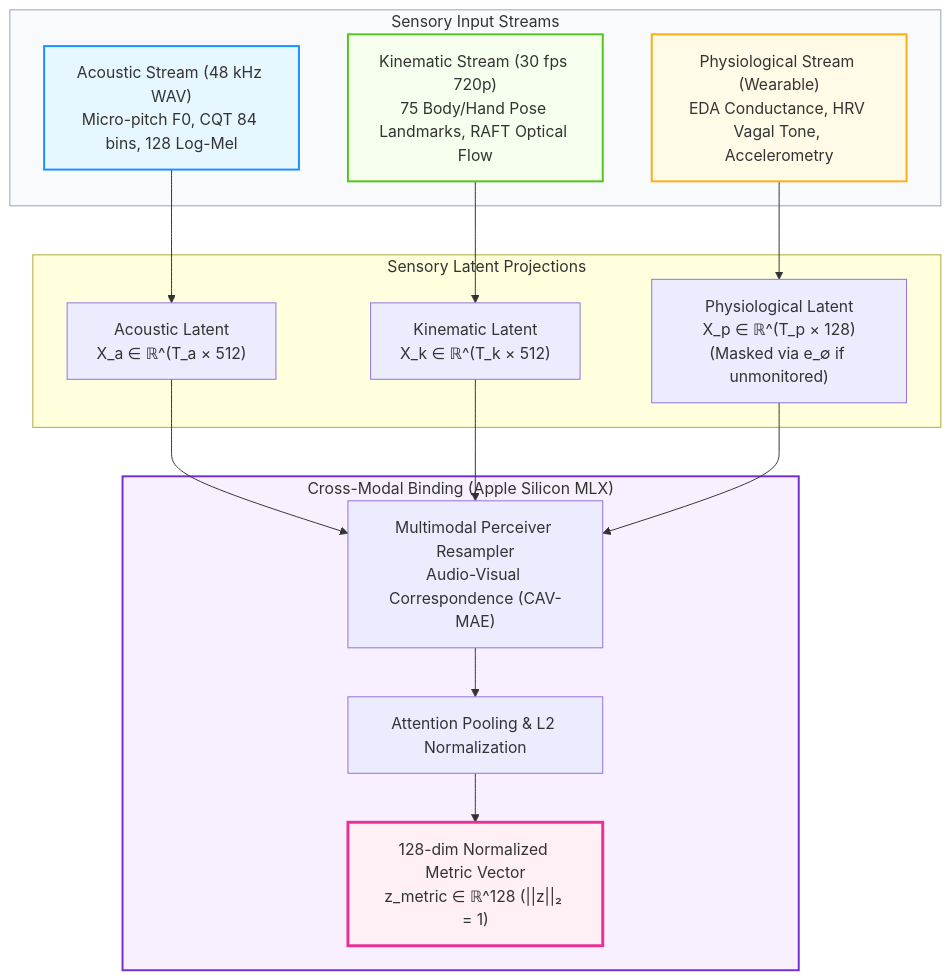
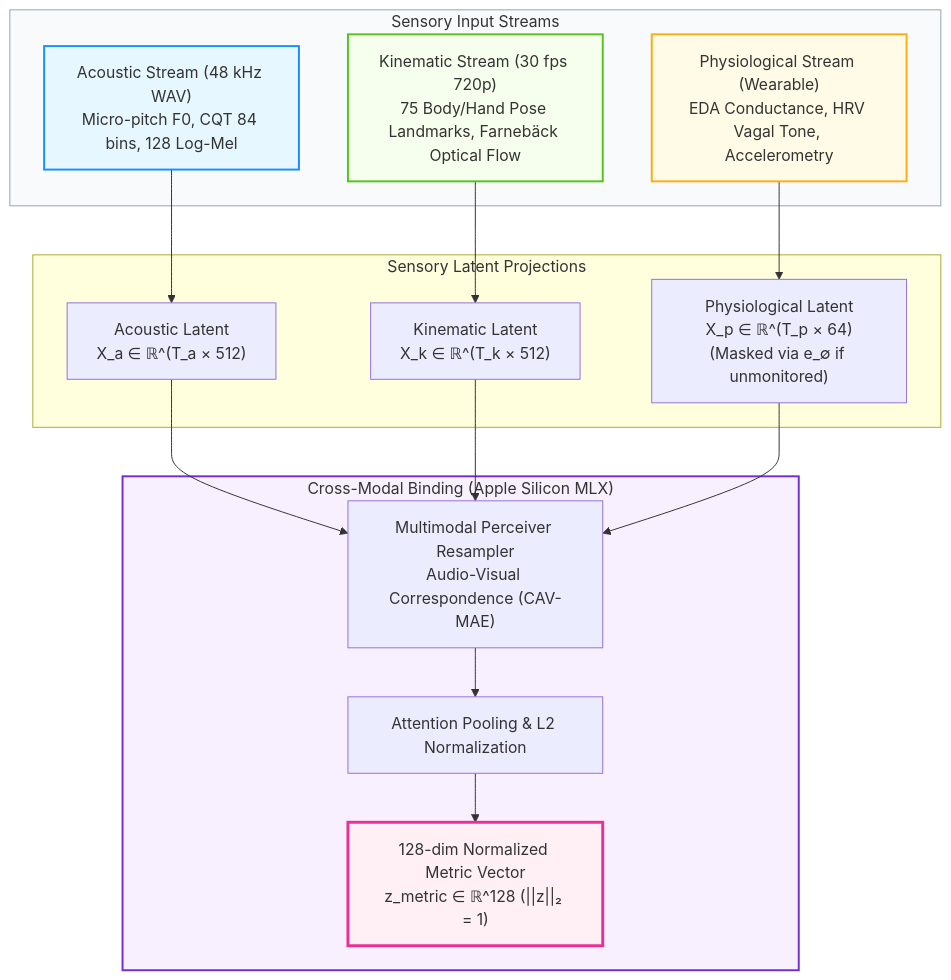
Before and after one commit to olostan/project_n: the first of 7 diagrams in DESIGN.md, drawn with Mermaid. The commit also changed other lines of this file and 10 other files, not shown here.

````diff
--- a/DESIGN.md
+++ b/DESIGN.md
@@ -60,35 +60,35 @@
 ```mermaid
 graph TD
     subgraph Streams ["Sensory Input Streams"]
         Audio["Acoustic Stream (48 kHz WAV)<br/>Micro-pitch F0, CQT 84 bins, 128 Log-Mel"]
-        Video["Kinematic Stream (30 fps 720p)<br/>75 Body/Hand Pose Landmarks, RAFT Optical Flow"]
+        Video["Kinematic Stream (30 fps 720p)<br/>75 Body/Hand Pose Landmarks, Farnebäck Optical Flow"]
         Physio["Physiological Stream (Wearable)<br/>EDA Conductance, HRV Vagal Tone, Accelerometry"]
     end
 
     subgraph FrontEnds ["Sensory Latent Projections"]
         X_a["Acoustic Latent<br/>X_a ∈ ℝ^(T_a × 512)"]
         X_k["Kinematic Latent<br/>X_k ∈ ℝ^(T_k × 512)"]
-        X_p["Physiological Latent<br/>X_p ∈ ℝ^(T_p × 128)<br/>(Masked via e_∅ if unmonitored)"]
+        X_p["Physiological Latent<br/>X_p ∈ ℝ^(T_p × 64)<br/>(Masked via e_∅ if unmonitored)"]
     end
 
     subgraph Fusion ["Cross-Modal Binding (Apple Silicon MLX)"]
         Resampler["Multimodal Perceiver Resampler<br/>Audio-Visual Correspondence (CAV-MAE)"]
         Pool["Attention Pooling & L2 Normalization"]
         Metric["128-dim Normalized Metric Vector<br/>z_metric ∈ ℝ^128 (||z||₂ = 1)"]
     end
 
     Audio --> X_a
     Video --> X_k
     Physio --> X_p
 
     X_a & X_k & X_p --> Resampler
     Resampler --> Pool
     Pool --> Metric
 
     style Streams fill:#f8fafc,stroke:#94a3b8,stroke-width:1px
     style Audio fill:#e6f7ff,stroke:#1890ff,stroke-width:2px
     style Video fill:#f6ffed,stroke:#52c41a,stroke-width:2px
     style Physio fill:#fffbe6,stroke:#faad14,stroke-width:2px
     style Fusion fill:#f9f0ff,stroke:#722ed1,stroke-width:2px
     style Metric fill:#fff0f6,stroke:#eb2f96,stroke-width:3px
 ```
````
